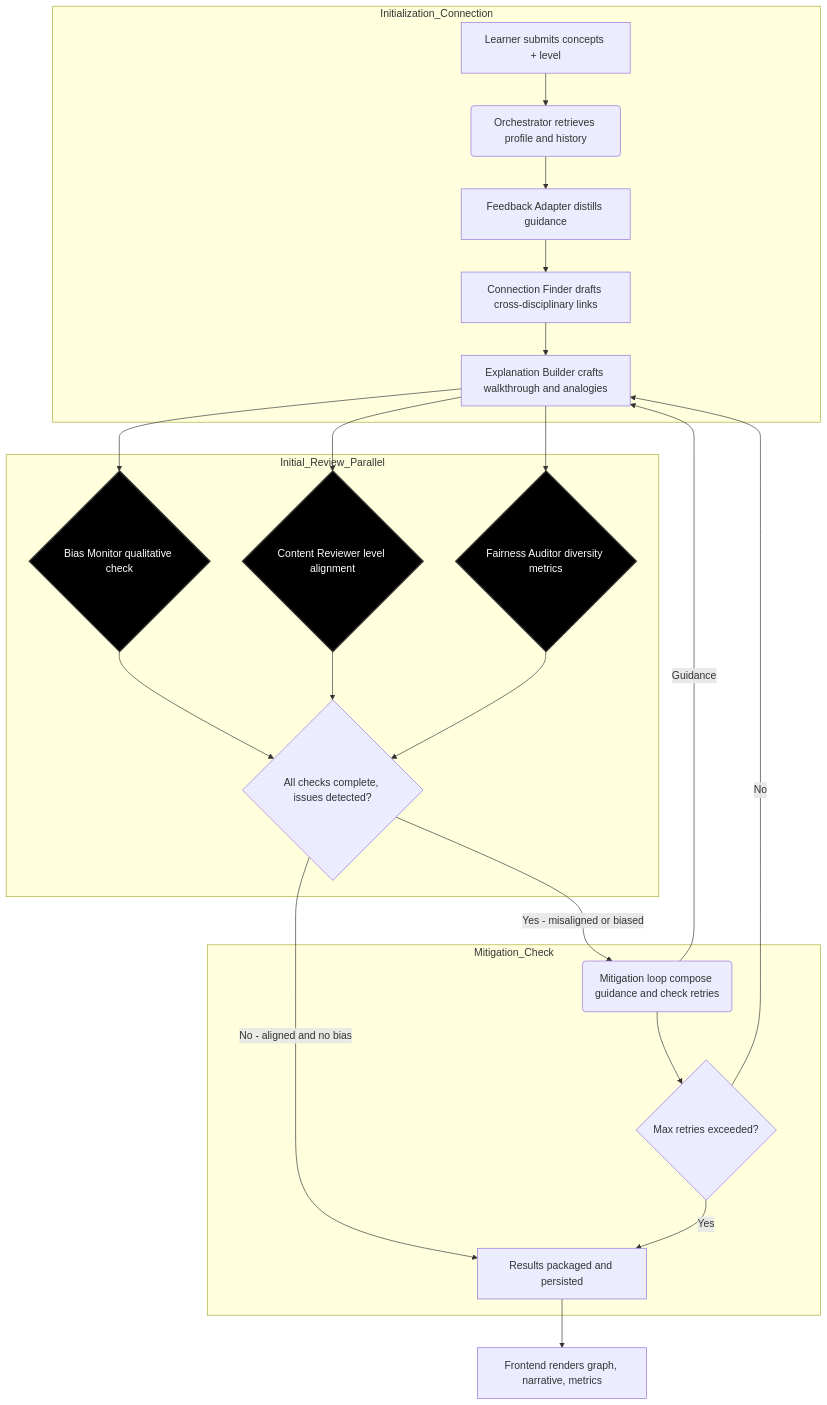
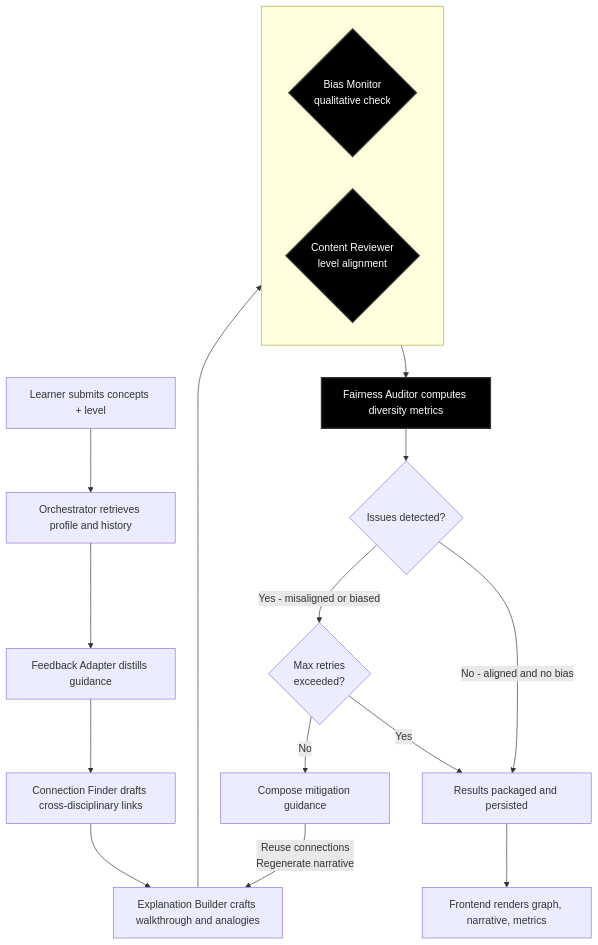
The diagram in README.md (IThioye/Concept-Connector), drawn with Mermaid before and after one commit.

Commit message:
Refactor system workflow diagram in README.md

````diff
--- a/README.md
+++ b/README.md
@@ -34,31 +34,31 @@
 ```mermaid
 flowchart TD
-    subgraph Initialization_Connection
-        A[Learner submits concepts + level] --> B(Orchestrator retrieves profile and history)
-        B --> C[Feedback Adapter distills guidance]
-        C --> D[Connection Finder drafts cross-disciplinary links]
-        D --> E[Explanation Builder crafts walkthrough and analogies]
+    A[Learner submits concepts + level] --> B[Orchestrator retrieves profile and history]
+    B --> C[Feedback Adapter distills guidance]
+    C --> D[Connection Finder drafts cross-disciplinary links]
+    D --> E[Explanation Builder crafts walkthrough and analogies]
+    
+    E --> F[Parallel Review Stage]
+    
+    subgraph F[" "]
+        direction LR
+        G{Bias Monitor<br/>qualitative check}
+        H{Content Reviewer<br/>level alignment}
     end
-    subgraph Initial_Review_Parallel
-        E --> F{Bias Monitor qualitative check}
-        E --> G{Content Reviewer level alignment}
-        E --> H{Fairness Auditor diversity metrics}
-        F --> I{All checks complete, issues detected?}
-        G --> I
-        H --> I
-    end
-    I -->|No - aligned and no bias| K[Results packaged and persisted]
-    I -->|Yes - misaligned or biased| J(Mitigation loop compose guidance and check retries)
-    J -->|Guidance| E
-    subgraph Mitigation_Check
-        J --> L{Max retries exceeded?}
-        L -->|Yes| K
-        L -->|No| E
-    end
-    K --> M[Frontend renders graph, narrative, metrics]
-    style F fill:#000,stroke:#333,stroke-width:2px,color:#fff
+    
+    F --> I[Fairness Auditor computes diversity metrics]
+    I --> J{Issues detected?}
+    
+    J -->|No - aligned and no bias| M[Results packaged and persisted]
+    J -->|Yes - misaligned or biased| K{Max retries<br/>exceeded?}
+    
+    K -->|Yes| M
+    K -->|No| L[Compose mitigation guidance]
+    L -->|Reuse connections<br/>Regenerate narrative| E
+    
+    M --> N[Frontend renders graph, narrative, metrics]
+    
     style G fill:#000,stroke:#333,stroke-width:2px,color:#fff
     style H fill:#000,stroke:#333,stroke-width:2px,color:#fff
-
-
+    style I fill:#000,stroke:#333,stroke-width:2px,color:#fff
 ```
````
